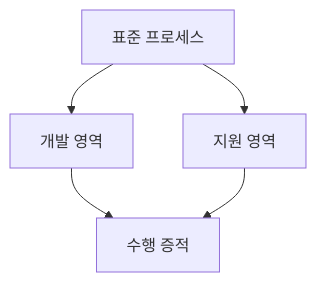
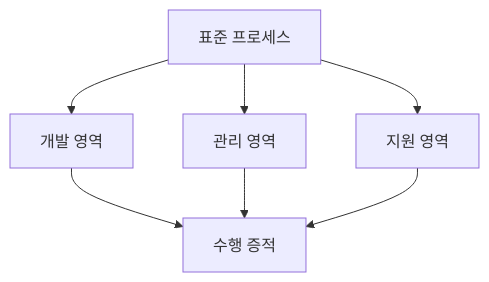
Before and after one commit to agnusdei1207/knowledge-base: the first of 2 diagrams in src/content/docs/notes/03-software/080_sp_software_process_quality_certification.md, drawn with Mermaid. The commit also changed other lines of this file and 20 other files, not shown here.

````diff
--- a/src/content/docs/notes/03-software/080_sp_software_process_quality_certification.md
+++ b/src/content/docs/notes/03-software/080_sp_software_process_quality_certification.md
@@ -52,7 +59,9 @@
 ```mermaid
 flowchart TD
     S["표준 프로세스"] --> D["개발 영역"]
+    S --> M["관리 영역"]
     S --> U["지원 영역"]
     D --> E["수행 증적"]
+    M --> E
     U --> E
 ```
````
